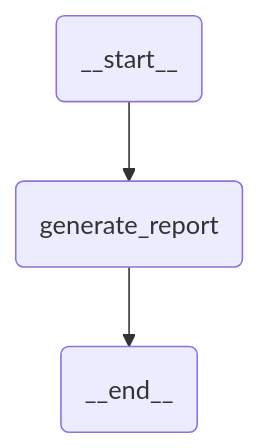
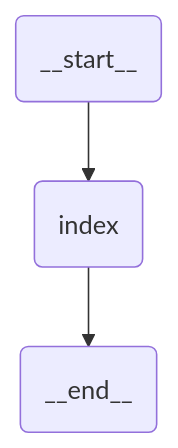
Before and after one commit to kartiksiva/DocumentValidation-Uipath: the diagram in GuidelineIndexerSolution/guideline-indexer/agent.mermaid, drawn with Mermaid. The commit also changed 16 other files, not shown here.

First line of the commit message:
feat(PB-T2): shared Pydantic schemas + agent I/O types wired

```diff
--- a/GuidelineIndexerSolution/guideline-indexer/agent.mermaid
+++ b/GuidelineIndexerSolution/guideline-indexer/agent.mermaid
@@ -1,8 +1,8 @@
 %% AUTO-GENERATED by `uipath init`. Do not edit manually.
 %% Regenerated on every `uipath init`.
 flowchart TB
   __start__(__start__)
-  generate_report(generate_report)
+  index(index)
   __end__(__end__)
-  __start__ --> generate_report
-  generate_report --> __end__
+  __start__ --> index
+  index --> __end__
```
